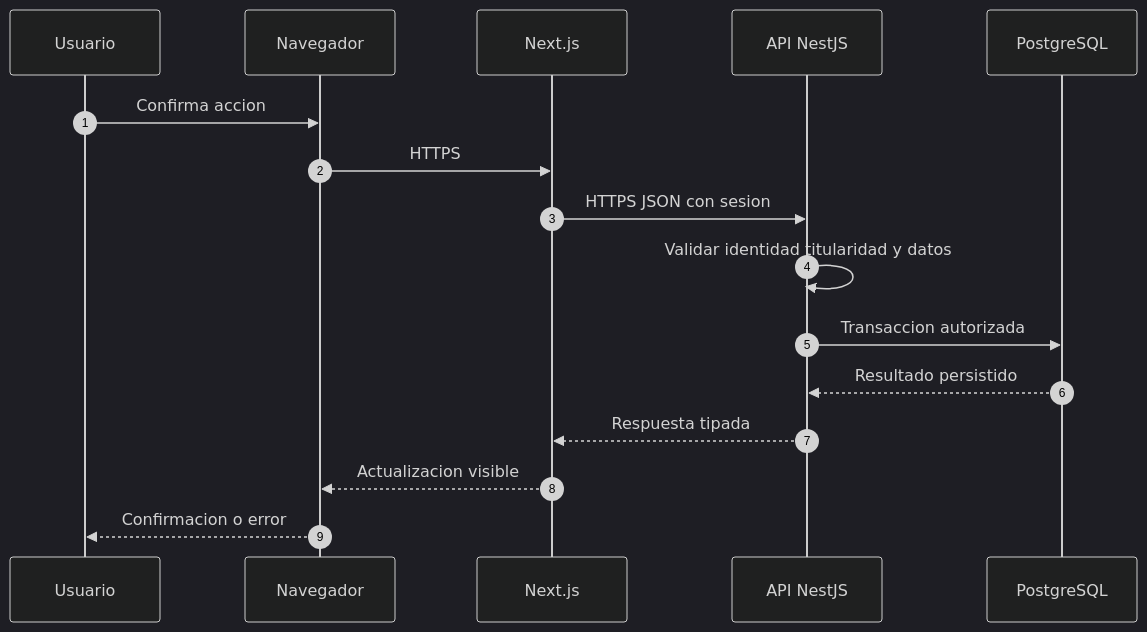
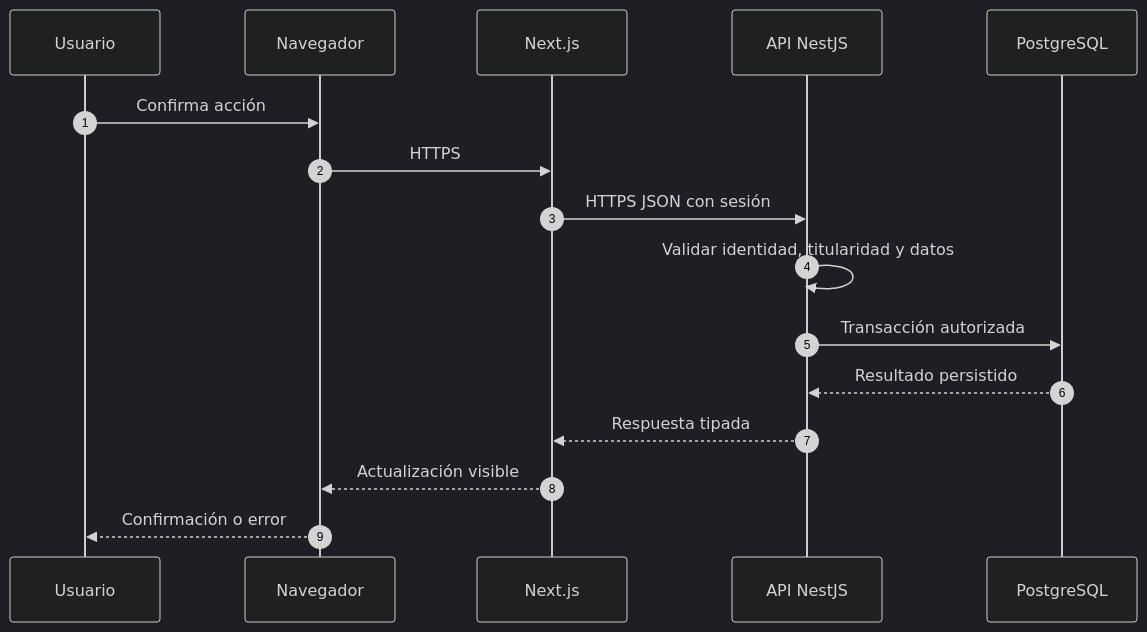
Before and after one commit to EderPanta18/alivia-humanitarian-system-design: the diagram in docs/08-comunicaciones/01-navegador-servidor.md, drawn with Mermaid (dark theme). The commit also changed other lines of this file and 44 other files, not shown here.

````diff
--- a/docs/08-comunicaciones/01-navegador-servidor.md
+++ b/docs/08-comunicaciones/01-navegador-servidor.md
@@ -7,18 +9,19 @@
 ```mermaid
 sequenceDiagram
- autonumber
- participant U as Usuario
- participant B as Navegador
- participant N as Next.js
- participant A as API NestJS
- participant D as PostgreSQL
- U->>B: Confirma accion
- B->>N: HTTPS
- N->>A: HTTPS JSON con sesion
- A->>A: Validar identidad titularidad y datos
- A->>D: Transaccion autorizada
- D-->>A: Resultado persistido
- A-->>N: Respuesta tipada
- N-->>B: Actualizacion visible
- B-->>U: Confirmacion o error
+    autonumber
+    participant U as Usuario
+    participant B as Navegador
+    participant N as Next.js
+    participant A as API NestJS
+    participant D as PostgreSQL
+
+    U->>B: Confirma acción
+    B->>N: HTTPS
+    N->>A: HTTPS JSON con sesión
+    A->>A: Validar identidad, titularidad y datos
+    A->>D: Transacción autorizada
+    D-->>A: Resultado persistido
+    A-->>N: Respuesta tipada
+    N-->>B: Actualización visible
+    B-->>U: Confirmación o error
 ```
````
